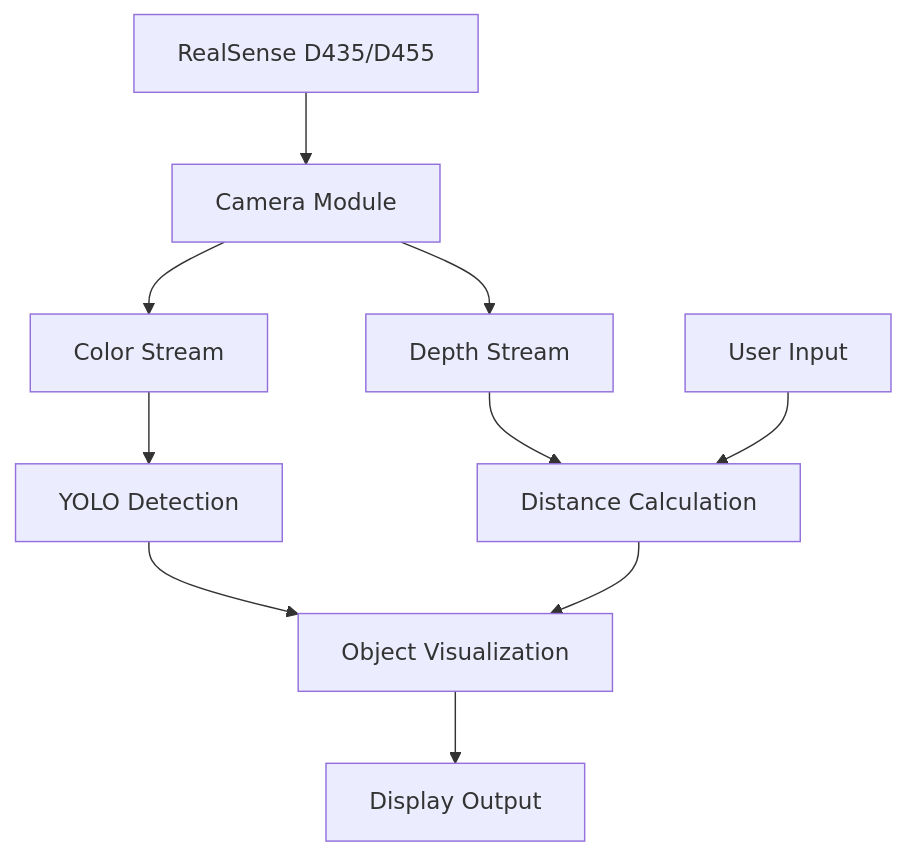
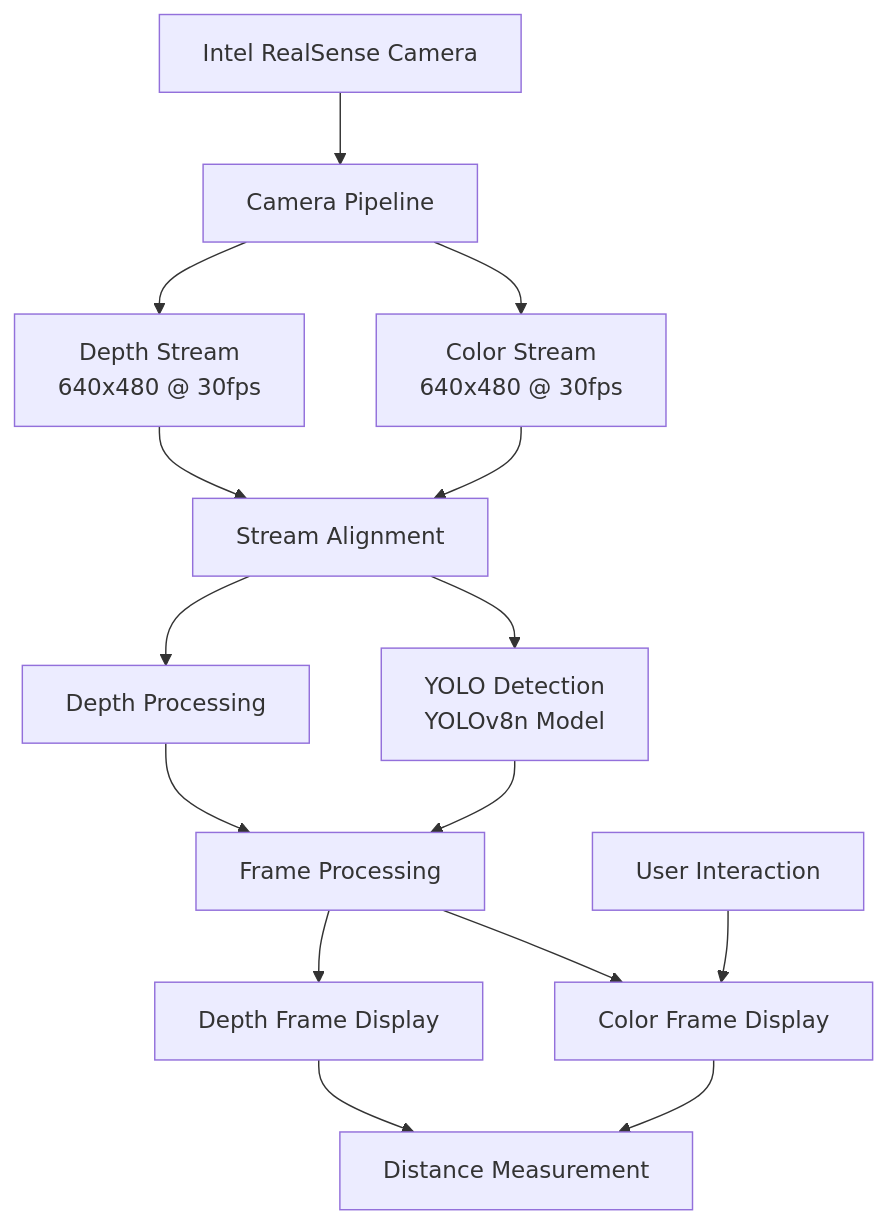
The diagram in README.md (khairul-me/RealSense-Object-Detection-Distance-Measurement-), drawn with Mermaid before and after one commit. The commit also changed other lines of this file, not shown here.

````diff
--- a/README.md
+++ b/README.md
@@ -17,12 +28,17 @@
 ```mermaid
 graph TD
-    A[RealSense D435/D455] --> B[Camera Module]
-    B --> C[Color Stream]
-    B --> D[Depth Stream]
-    C --> E[YOLO Detection]
-    D --> F[Distance Calculation]
-    E --> G[Object Visualization]
-    F --> G
-    G --> H[Display Output]
-    I[User Input] --> F
+    A[Intel RealSense Camera] --> B[Camera Pipeline]
+    B --> C1[Color Stream<br/>640x480 @ 30fps]
+    B --> C2[Depth Stream<br/>640x480 @ 30fps]
+    C1 --> D[Stream Alignment]
+    C2 --> D
+    D --> E1[YOLO Detection<br/>YOLOv8n Model]
+    D --> E2[Depth Processing]
+    E1 --> F[Frame Processing]
+    E2 --> F
+    F --> G1[Color Frame Display]
+    F --> G2[Depth Frame Display]
+    H[User Interaction] --> G1
+    G1 --> I[Distance Measurement]
+    G2 --> I
 ```
````
